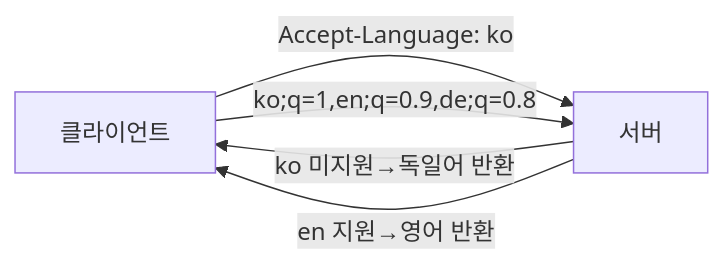
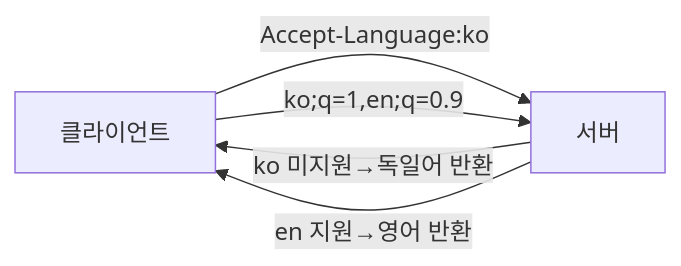
The second of 4 diagrams in _posts/http/2021-01-16-http-5.md (yjkim2015/yjkim2015.github.io), drawn with Mermaid before and after one commit. The commit also changed 245 other files, not shown here.

First line of the commit message:
Mermaid 다이어그램 전면 수정 + 면접 포인트 접기/펼치기 + DB 데드락 페이지

````diff
--- a/_posts/http/2021-01-16-http-5.md
+++ b/_posts/http/2021-01-16-http-5.md
@@ -117,7 +117,7 @@
 ```mermaid
 graph LR
-    C["클라이언트"] -->|"Accept-Language: ko"| S["서버"]
+    C["클라이언트"] -->|"Accept-Language:ko"| S["서버"]
     S -->|"ko 미지원→독일어 반환"| C
-    C -->|"ko;q=1,en;q=0.9,de;q=0.8"| S
+    C -->|"ko;q=1,en;q=0.9"| S
     S -->|"en 지원→영어 반환"| C
 ```
````
